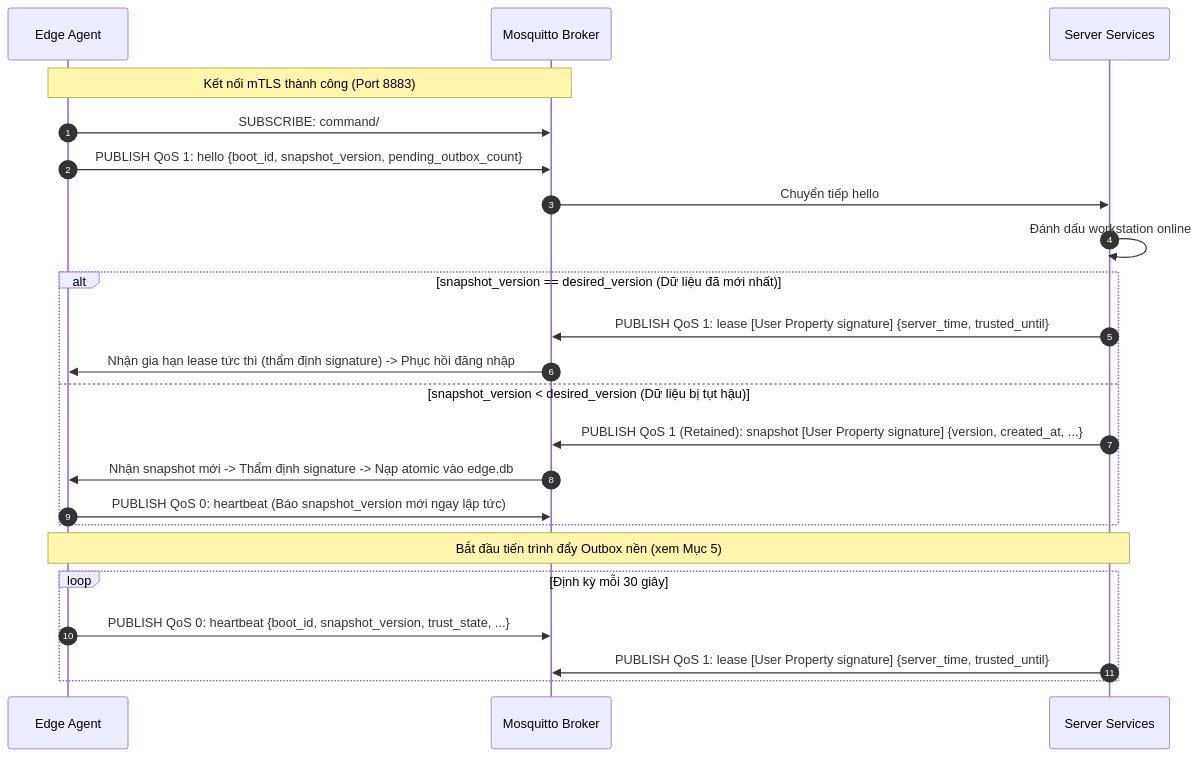
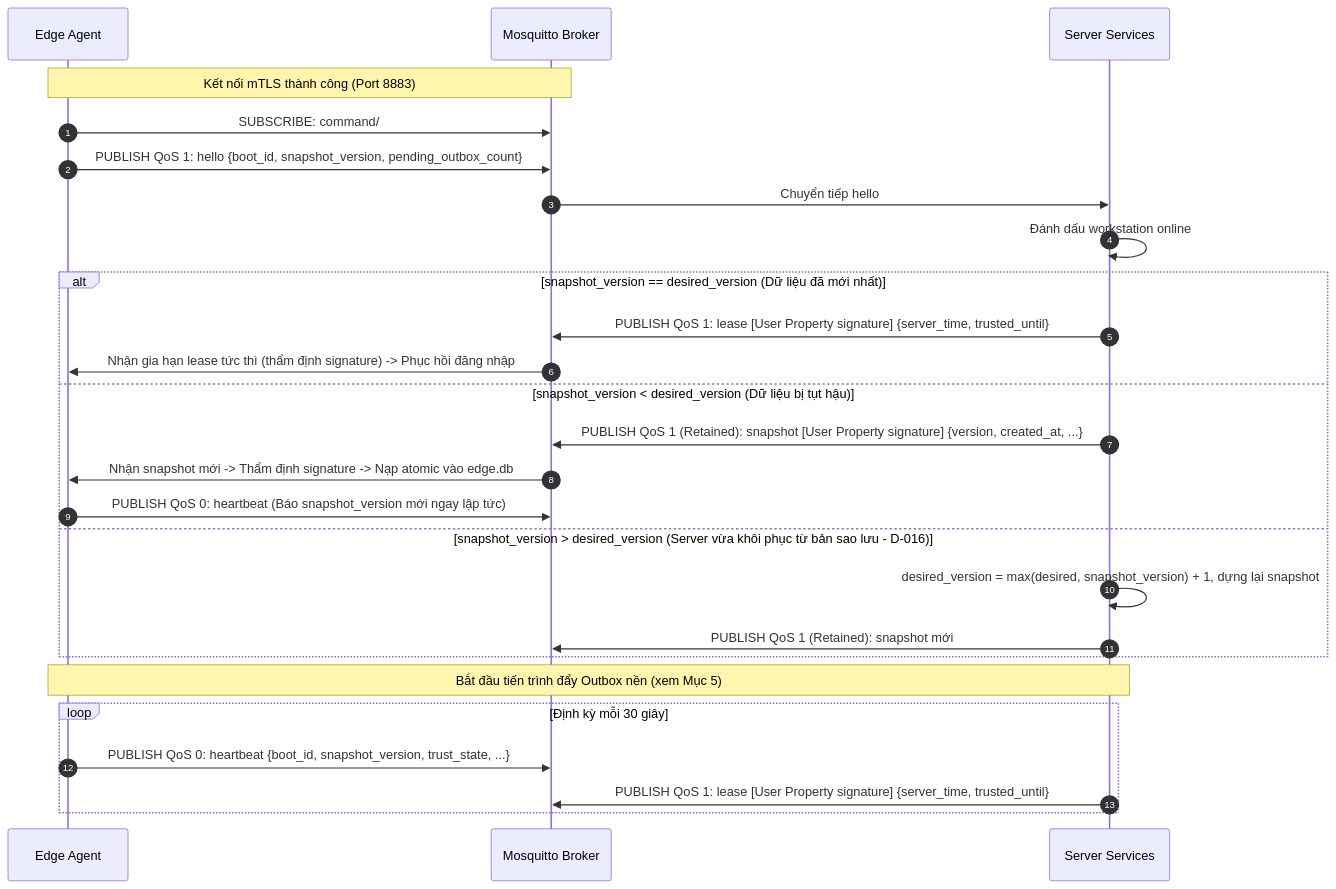
Before and after one commit to binhtoong21/linux-access-control: the second of 3 diagrams in design/docs/06-architecture/decisions/ADR-002-giao-thuc-mqtt-va-dinh-danh-may-tram.md, drawn with Mermaid. The commit also changed other lines of this file and 22 other files, not shown here.

First line of the commit message:
docs(design): Apply post-07-data review (D-014..D-017), drop EnrollmentToken, add reenroll flow

````diff
--- a/design/docs/06-architecture/decisions/ADR-002-giao-thuc-mqtt-va-dinh-danh-may-tram.md
+++ b/design/docs/06-architecture/decisions/ADR-002-giao-thuc-mqtt-va-dinh-danh-may-tram.md
@@ -141,26 +145,29 @@
 ```mermaid
 sequenceDiagram
     autonumber
     participant A as Edge Agent
     participant B as Mosquitto Broker
     participant S as Server Services
 
     Note over A,B: Kết nối mTLS thành công (Port 8883)
     A->>B: SUBSCRIBE: command/#, snapshot, lease
     A->>B: PUBLISH QoS 1: hello {boot_id, snapshot_version, pending_outbox_count}
     B->>S: Chuyển tiếp hello
     S->>S: Đánh dấu workstation online
     alt snapshot_version == desired_version (Dữ liệu đã mới nhất)
         S->>B: PUBLISH QoS 1: lease [User Property signature] {server_time, trusted_until}
         B->>A: Nhận gia hạn lease tức thì (thẩm định signature) -> Phục hồi đăng nhập
     else snapshot_version < desired_version (Dữ liệu bị tụt hậu)
         S->>B: PUBLISH QoS 1 (Retained): snapshot [User Property signature] {version, created_at, ...}
         B->>A: Nhận snapshot mới -> Thẩm định signature -> Nạp atomic vào edge.db
         A->>B: PUBLISH QoS 0: heartbeat (Báo snapshot_version mới ngay lập tức)
+    else snapshot_version > desired_version (Server vừa khôi phục từ bản sao lưu - D-016)
+        S->>S: desired_version = max(desired, snapshot_version) + 1, dựng lại snapshot
+        S->>B: PUBLISH QoS 1 (Retained): snapshot mới
     end
     Note over A,S: Bắt đầu tiến trình đẩy Outbox nền (xem Mục 5)
     loop Định kỳ mỗi 30 giây
         A->>B: PUBLISH QoS 0: heartbeat {boot_id, snapshot_version, trust_state, ...}
         S->>B: PUBLISH QoS 1: lease [User Property signature] {server_time, trusted_until}
     end
 ```
````
